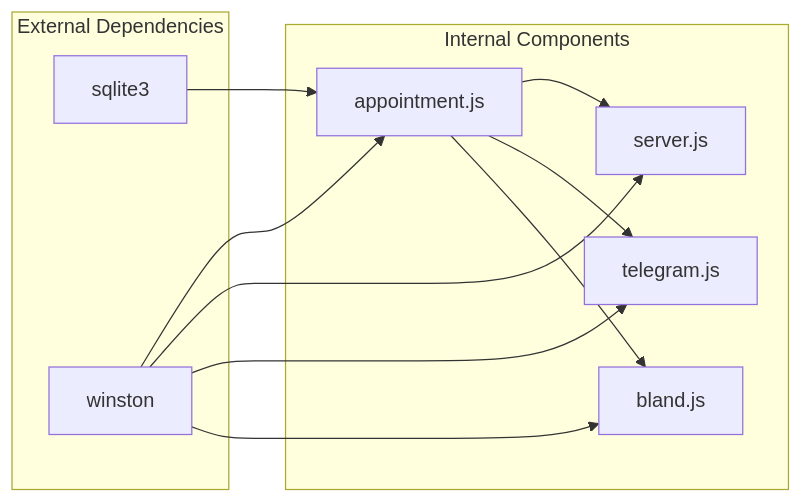
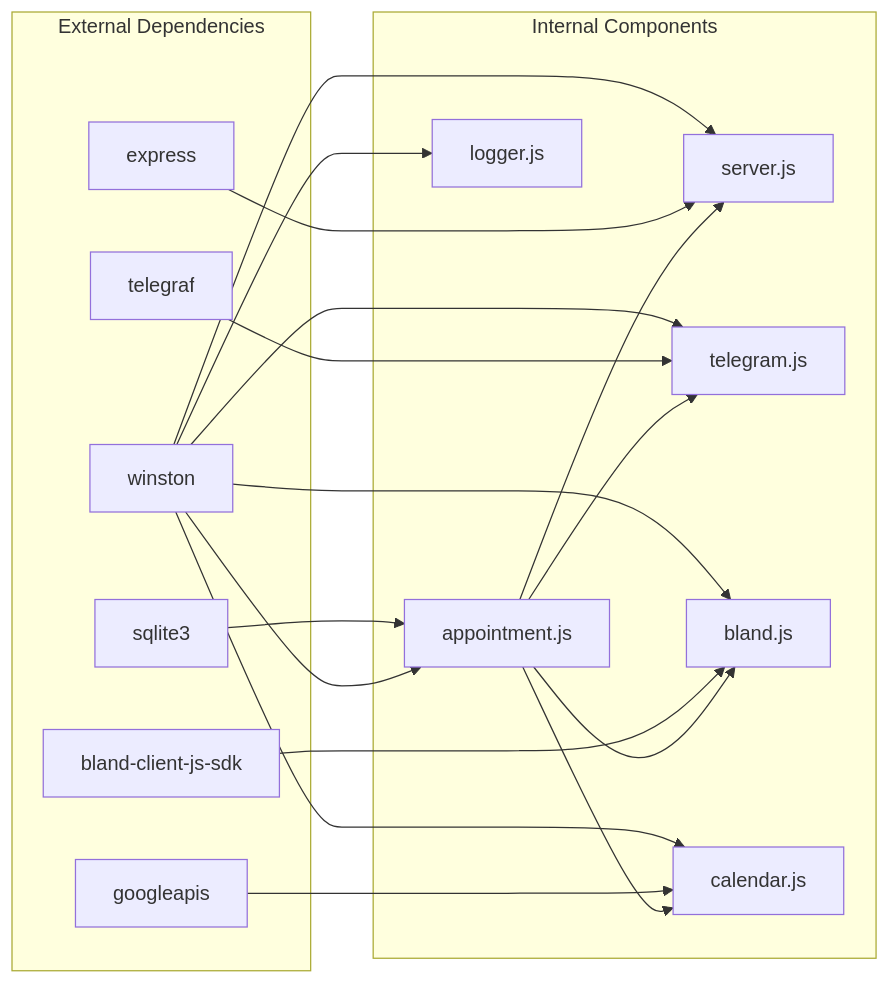
One commit to Armanda888/appointment-voice-agent changed diagram 17 of 18 in .qoder/repowiki/en/content/Core Components/Database Management.md. Above: the diagram before and after it, drawn with Mermaid. The commit also changed other lines of this file and 10 other files, not shown here.

````diff
--- a/.qoder/repowiki/en/content/Core Components/Database Management.md
+++ b/.qoder/repowiki/en/content/Core Components/Database Management.md
@@ -333,21 +561,34 @@
 ```mermaid
 graph LR
 subgraph "External Dependencies"
 A[sqlite3]
 B[winston]
+C[express]
+D[telegraf]
+E[googleapis]
+F[bland-client-js-sdk]
 end
 subgraph "Internal Components"
-C[appointment.js]
-D[server.js]
-E[telegram.js]
-F[bland.js]
+G[appointment.js]
+H[server.js]
+I[telegram.js]
+J[bland.js]
+K[calendar.js]
+L[logger.js]
 end
-A --> C
-B --> C
-B --> D
-B --> E
-B --> F
-C --> D
-C --> E
-C --> F
+A --> G
+B --> G
+B --> H
+B --> I
+B --> J
+B --> K
+B --> L
+C --> H
+D --> I
+F --> J
+E --> K
+G --> H
+G --> I
+G --> J
+G --> K
 ```
````
